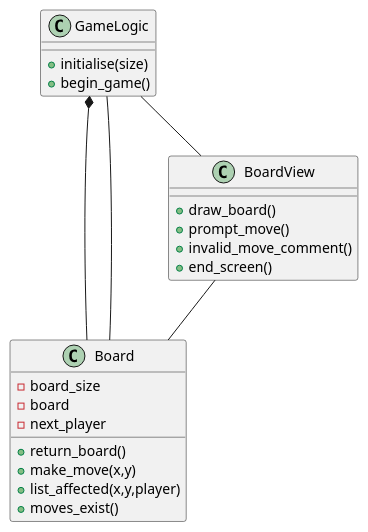
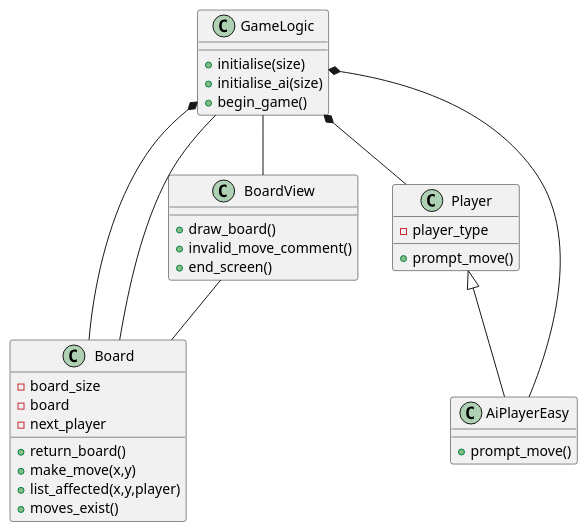
The diagram in princ_schema.puml (a4358/brightcode_practice), drawn with PlantUML before and after one commit. The commit also changed 5 other files, not shown here.

```diff
--- a/princ_schema.puml
+++ b/princ_schema.puml
@@ -1,27 +1,37 @@
 @startuml reversi diagram
 class Board {
 -board_size
 -board
 -next_player
 +return_board()
 +make_move(x,y)
 +list_affected(x,y,player)
 +moves_exist()
 }
 class BoardView {
 +draw_board()
-+prompt_move()
 +invalid_move_comment()
 +end_screen()
 }
 
+class Player {
+-player_type
++prompt_move()
+}
+class AiPlayerEasy {
++prompt_move()
+}
 
 class GameLogic {
 +initialise(size)
++initialise_ai(size)
 +begin_game()
 }
 GameLogic  *--  Board
 GameLogic  --  Board
 GameLogic  --  BoardView
 BoardView  --  Board
+Player <|-- AiPlayerEasy
+GameLogic  *-- Player
+GameLogic  *-- AiPlayerEasy
 @enduml
```
